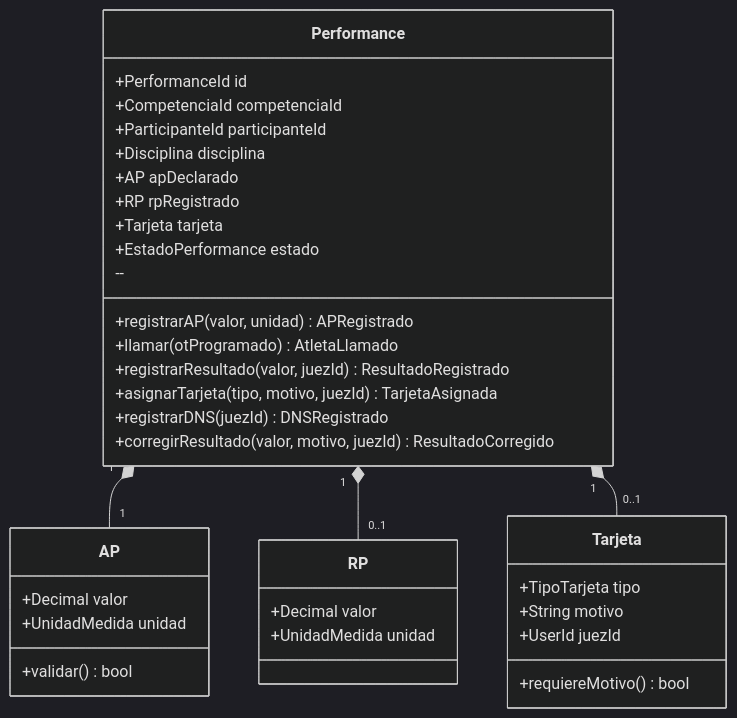
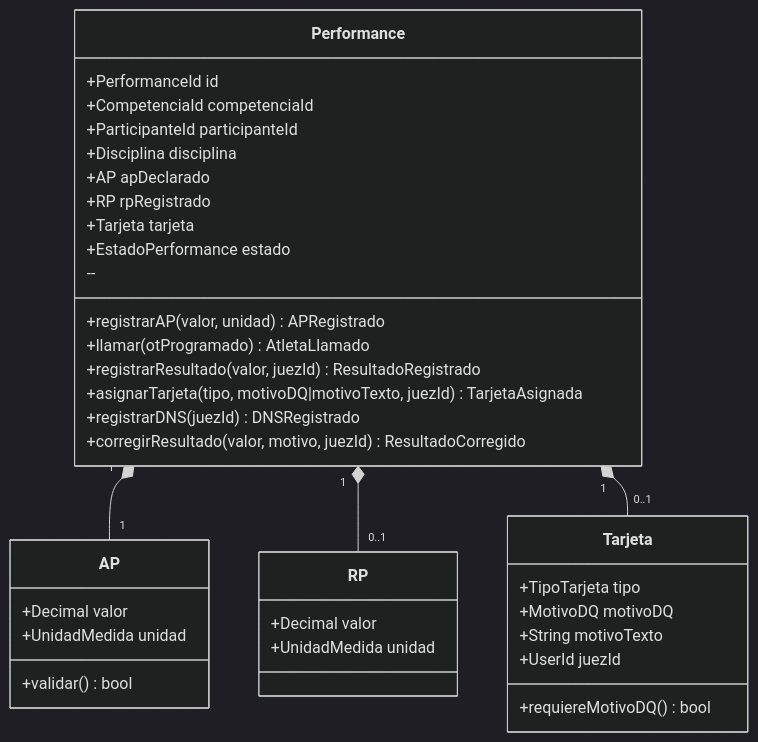
Before and after one commit to vvalotto/ataraxiadive: the third of 4 diagrams in docs/design/domain-model.md, drawn with Mermaid (dark theme). The commit also changed other lines of this file and 21 other files, not shown here.

````diff
--- a/docs/design/domain-model.md
+++ b/docs/design/domain-model.md
@@ -126,42 +126,43 @@
 ```mermaid
 classDiagram
     class Performance {
         +PerformanceId id
         +CompetenciaId competenciaId
         +ParticipanteId participanteId
         +Disciplina disciplina
         +AP apDeclarado
         +RP rpRegistrado
         +Tarjeta tarjeta
         +EstadoPerformance estado
         --
         +registrarAP(valor, unidad) APRegistrado
         +llamar(otProgramado) AtletaLlamado
         +registrarResultado(valor, juezId) ResultadoRegistrado
-        +asignarTarjeta(tipo, motivo, juezId) TarjetaAsignada
+        +asignarTarjeta(tipo, motivoDQ|motivoTexto, juezId) TarjetaAsignada
         +registrarDNS(juezId) DNSRegistrado
         +corregirResultado(valor, motivo, juezId) ResultadoCorregido
     }
 
     class AP {
         +Decimal valor
         +UnidadMedida unidad
         +validar() bool
     }
 
     class RP {
         +Decimal valor
         +UnidadMedida unidad
     }
 
     class Tarjeta {
         +TipoTarjeta tipo
-        +String motivo
+        +MotivoDQ motivoDQ
+        +String motivoTexto
         +UserId juezId
-        +requiereMotivo() bool
+        +requiereMotivoDQ() bool
     }
 
     Performance "1" *-- "1" AP
     Performance "1" *-- "0..1" RP
     Performance "1" *-- "0..1" Tarjeta
 ```
````
